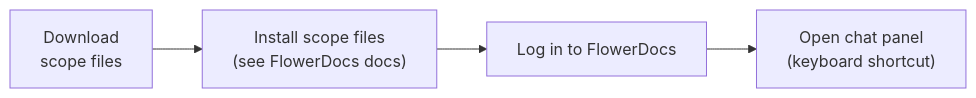
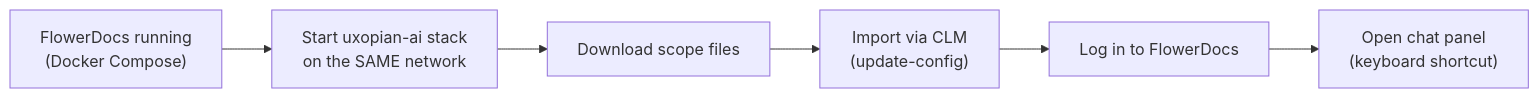
The first of 2 diagrams in docs/uxopian-ai/getting_started/quickstart_flowerdocs.mdx (Uxopian/uxodocs), drawn with Mermaid before and after one commit. The commit also changed other lines of this file, not shown here.

First line of the commit message:
UXOAI-288 docs(uxopian-ai): rewrite the FlowerDocs quickstart around real, tested steps

````diff
--- a/docs/uxopian-ai/getting_started/quickstart_flowerdocs.mdx
+++ b/docs/uxopian-ai/getting_started/quickstart_flowerdocs.mdx
@@ -25,6 +21,8 @@
 ```mermaid
 flowchart LR
-    A["Download<br/>scope files"] --> B["Install scope files<br/>(see FlowerDocs docs)"]
-    B --> C["Log in to FlowerDocs"]
-    C --> D["Open chat panel<br/>(keyboard shortcut)"]
+    A["FlowerDocs running<br/>(Docker Compose)"] --> B["Start uxopian-ai stack<br/>on the SAME network"]
+    B --> C["Download scope files"]
+    C --> D["Import via CLM<br/>(update-config)"]
+    D --> E["Log in to FlowerDocs"]
+    E --> F["Open chat panel<br/>(keyboard shortcut)"]
 ```
````
